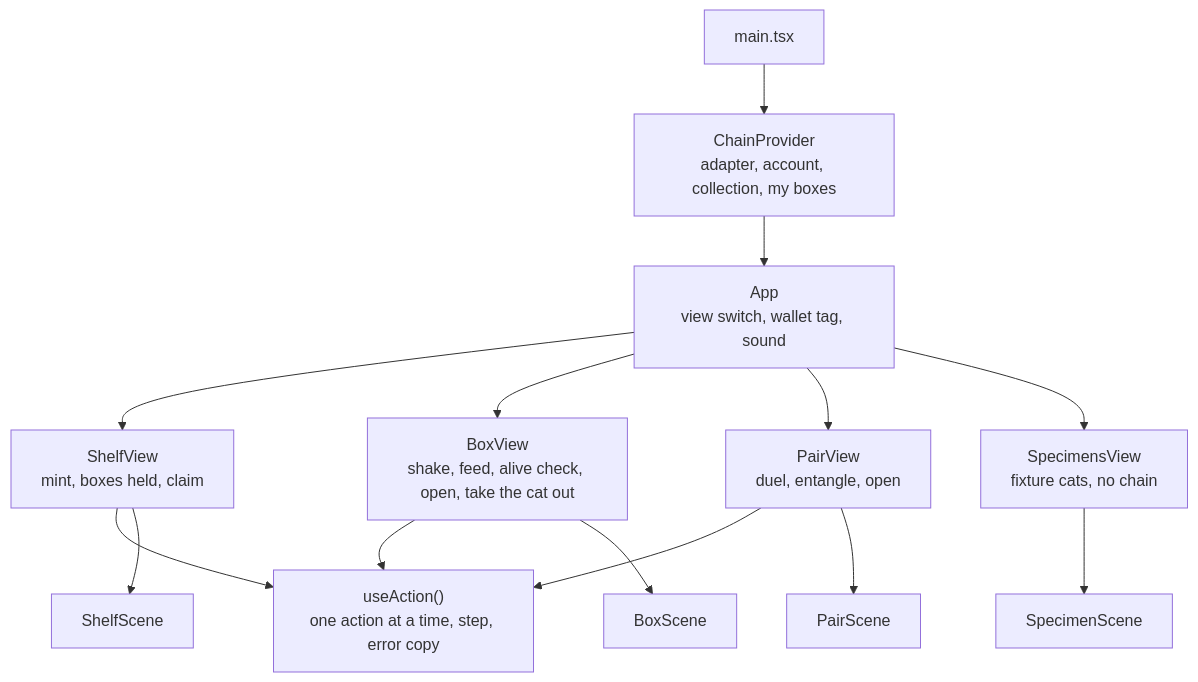
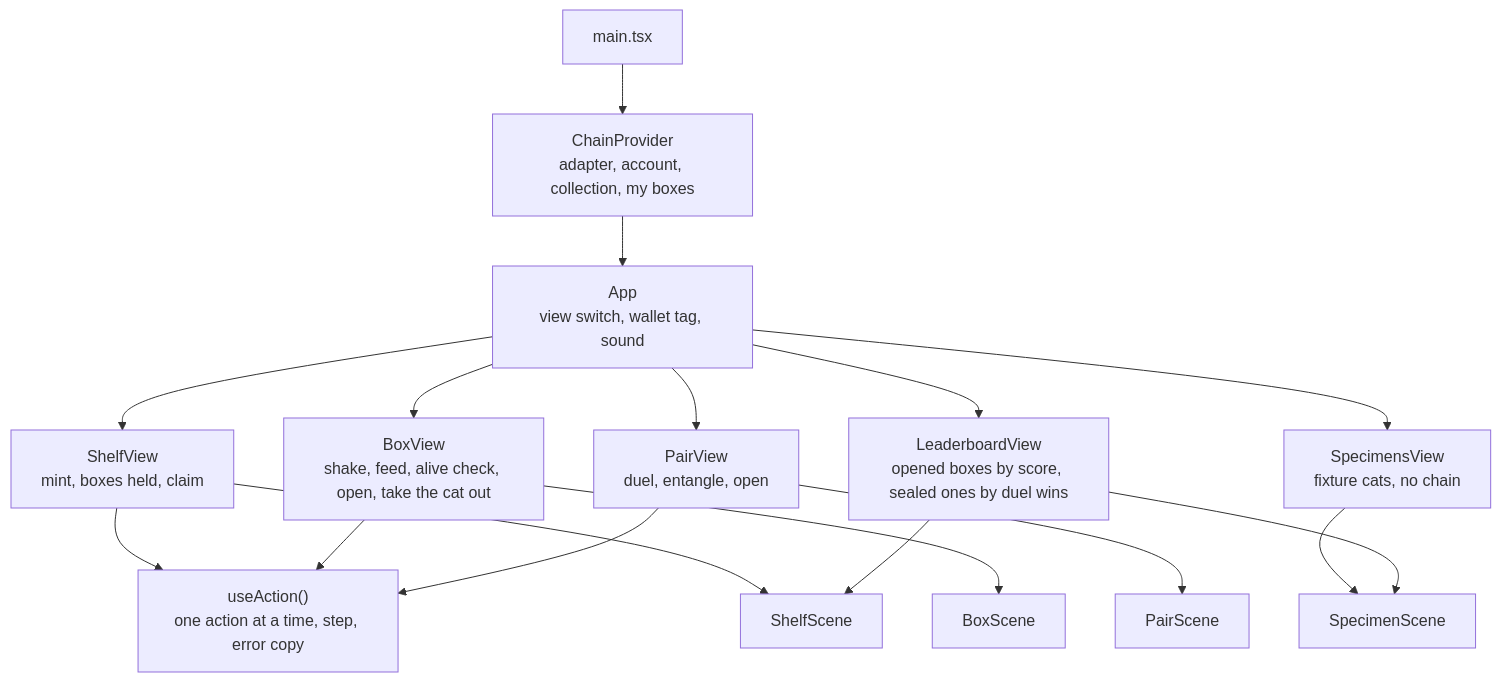
Before and after one commit to jecombe/do_not_open: the fifth of 5 diagrams in docs/ARCHITECTURE.md, drawn with Mermaid. The commit also changed other lines of this file and 3 other files, not shown here.

First line of the commit message:
Add the leaderboard view

````diff
--- a/docs/ARCHITECTURE.md
+++ b/docs/ARCHITECTURE.md
@@ -120,14 +120,17 @@
 ```mermaid
 flowchart TB
   main["main.tsx"] --> provider["ChainProvider<br/>adapter, account, collection, my boxes"]
   provider --> app["App<br/>view switch, wallet tag, sound"]
   app --> shelf["ShelfView<br/>mint, boxes held, claim"]
   app --> box["BoxView<br/>shake, feed, alive check, open, take the cat out"]
   app --> pair["PairView<br/>duel, entangle, open"]
+  app --> board["LeaderboardView<br/>opened boxes by score, sealed ones by duel wins"]
   app --> spec["SpecimensView<br/>fixture cats, no chain"]
   shelf & box & pair --> action["useAction()<br/>one action at a time, step, error copy"]
   shelf --> s1["ShelfScene"]
   box --> s2["BoxScene"]
   pair --> s3["PairScene"]
   spec --> s4["SpecimenScene"]
+  board --> s4
+  board --> s1
 ```
````
